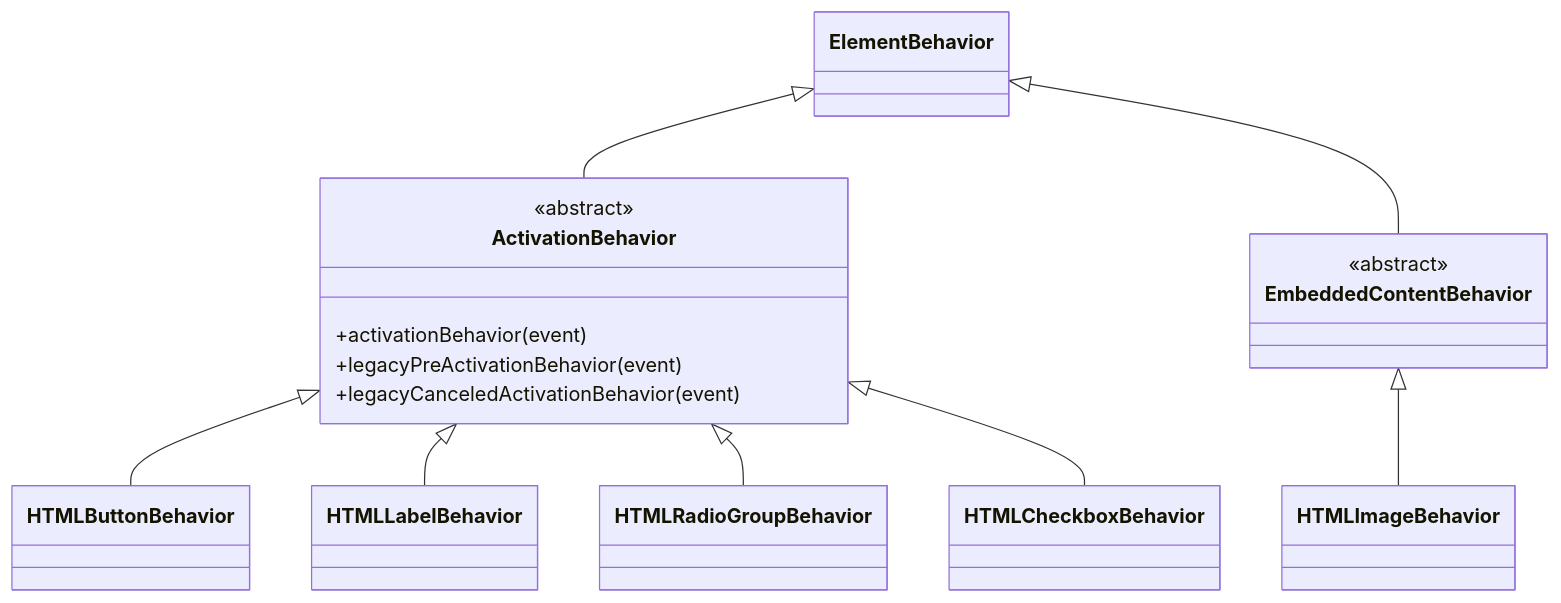
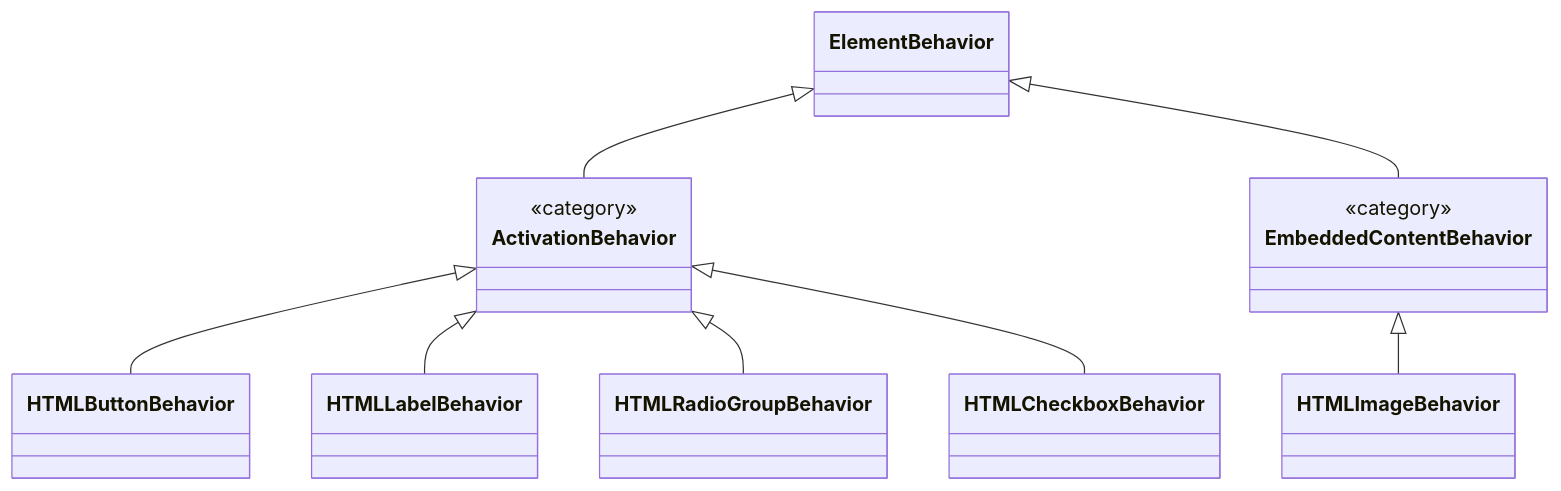
The diagram in PlatformProvidedBehaviors/htmlbuttonbehavior-with-type-attribute.md (MicrosoftEdge/MSEdgeExplainers), drawn with Mermaid before and after one commit. The commit also changed other lines of this file, not shown here.

````diff
--- a/PlatformProvidedBehaviors/htmlbuttonbehavior-with-type-attribute.md
+++ b/PlatformProvidedBehaviors/htmlbuttonbehavior-with-type-attribute.md
@@ -60,25 +60,22 @@
 ```mermaid
 classDiagram
     class ElementBehavior
     class ActivationBehavior {
-        <<abstract>>
-        +activationBehavior(event)
-        +legacyPreActivationBehavior(event)
-        +legacyCanceledActivationBehavior(event)
+        <<category>>
     }
     class EmbeddedContentBehavior {
-        <<abstract>>
+        <<category>>
     }
     class HTMLButtonBehavior
     class HTMLLabelBehavior
     class HTMLRadioGroupBehavior
     class HTMLCheckboxBehavior
     class HTMLImageBehavior
     ElementBehavior <|-- ActivationBehavior
     ElementBehavior <|-- EmbeddedContentBehavior
     ActivationBehavior <|-- HTMLButtonBehavior
     ActivationBehavior <|-- HTMLLabelBehavior
     ActivationBehavior <|-- HTMLRadioGroupBehavior
     ActivationBehavior <|-- HTMLCheckboxBehavior
     EmbeddedContentBehavior <|-- HTMLImageBehavior
 ```
````
